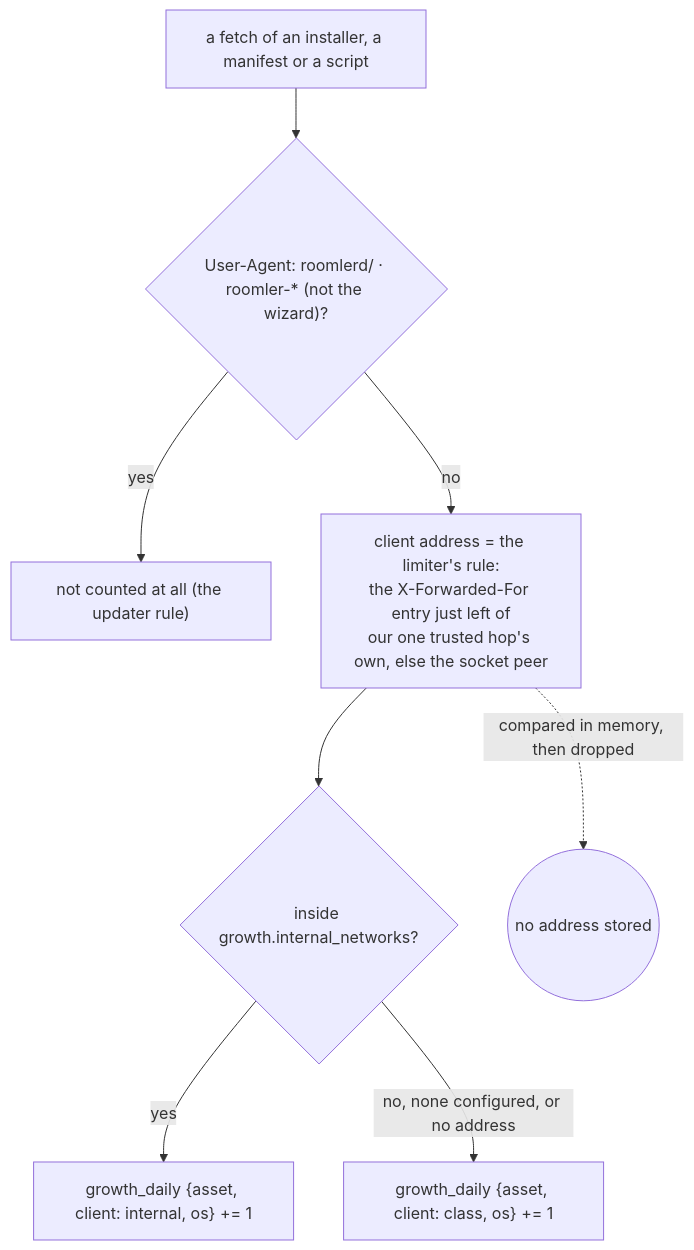
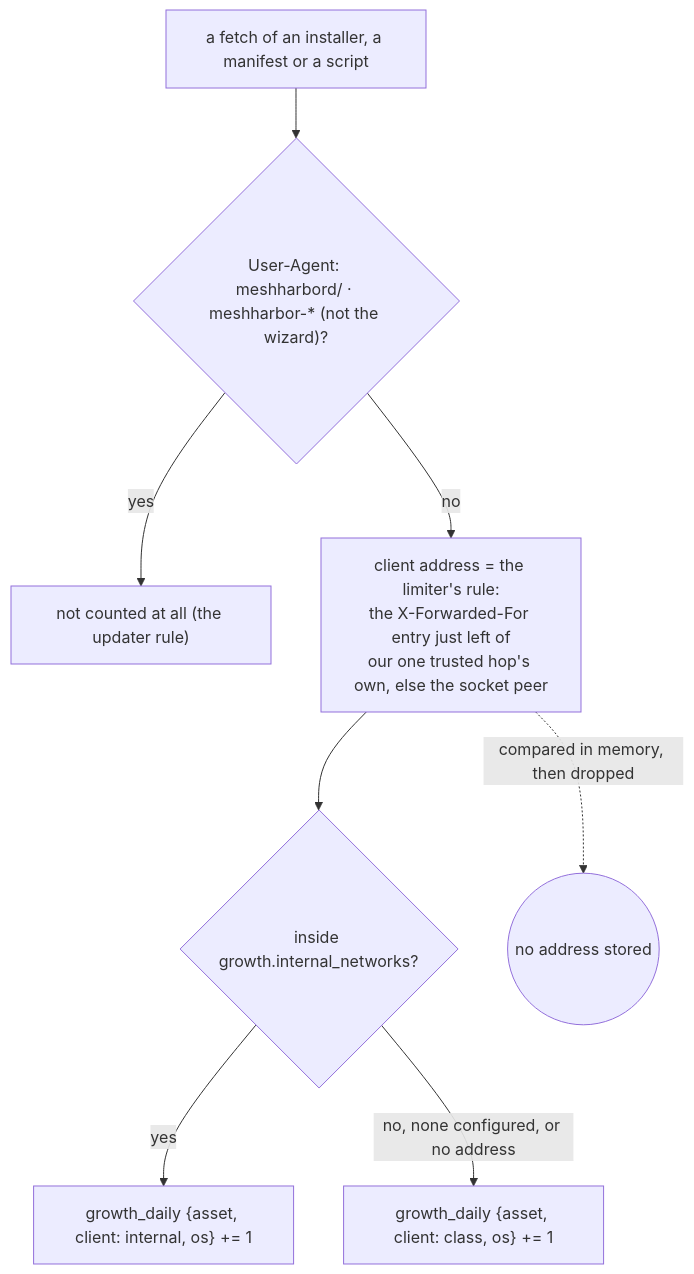
The seventh of 20 diagrams in docs/growth-observability.md (jk-zhang-meta/MeshHarbor), drawn with Mermaid before and after one commit. The commit also changed other lines of this file and 682 other files, not shown here.

````diff
--- a/docs/growth-observability.md
+++ b/docs/growth-observability.md
@@ -413,10 +413,10 @@
 ```mermaid
 flowchart TD
-  F["a fetch of an installer, a manifest or a script"] --> U{"User-Agent: roomlerd/ · roomler-* (not the wizard)?"}
+  F["a fetch of an installer, a manifest or a script"] --> U{"User-Agent: meshharbord/ · meshharbor-* (not the wizard)?"}
   U -->|yes| N["not counted at all (the updater rule)"]
   U -->|no| A["client address = the limiter's rule:<br/>the X-Forwarded-For entry just left of<br/>our one trusted hop's own, else the socket peer"]
   A --> I{"inside growth.internal_networks?"}
   I -->|yes| INT["growth_daily {asset, client: internal, os} += 1"]
   I -->|"no, none configured, or no address"| CL["growth_daily {asset, client: class, os} += 1"]
   A -. "compared in memory, then dropped" .-> X(("no address stored"))
 ```
````
